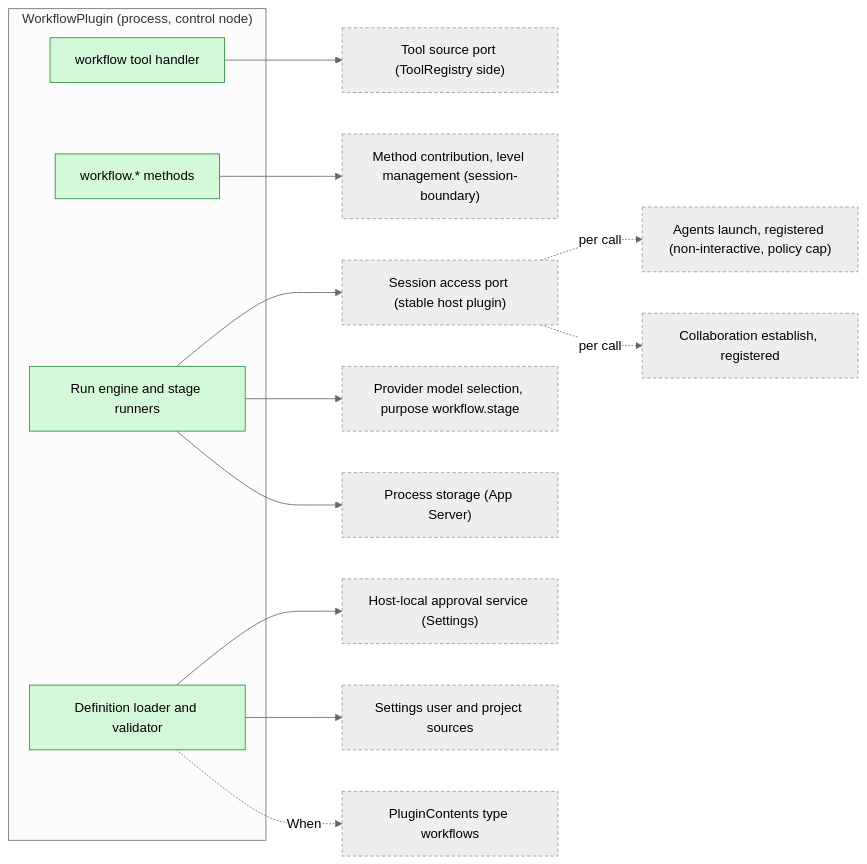
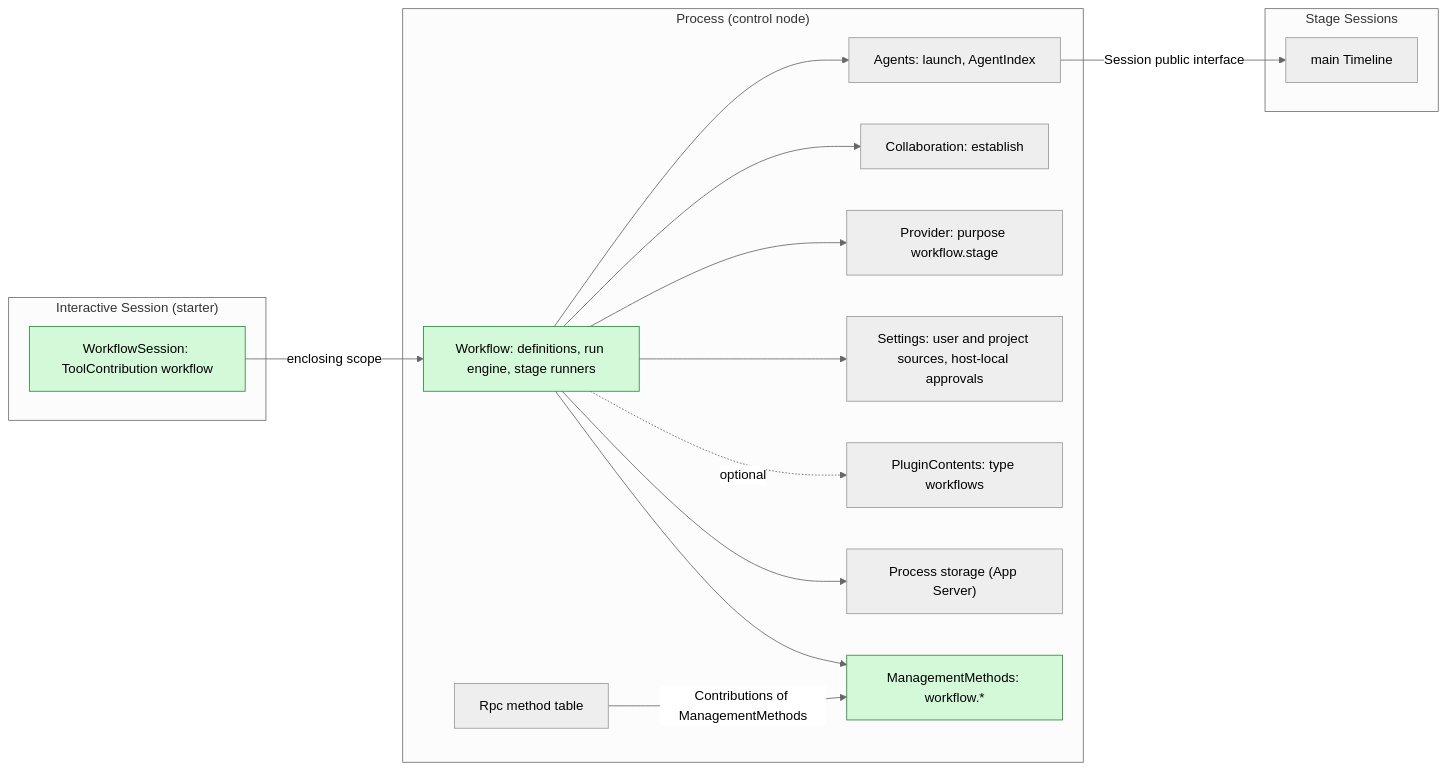
The first of 6 diagrams in docs/design/plugins/Workflow.md (CoutinhoTTS/dim-agent), drawn with Mermaid (neutral theme) before and after one commit. The commit also changed other lines of this file and 3 other files, not shown here.

Commit message:
docs(design): rescope Scheduler, Workflow, ExternalAgent and AcpGateway per ADR 002

````diff
--- a/docs/design/plugins/Workflow.md
+++ b/docs/design/plugins/Workflow.md
@@ -9,33 +9,32 @@
 ```mermaid
 flowchart LR
-  subgraph WF["WorkflowPlugin (process, control node)"]
-    Defs["Definition loader and validator"]
-    Runner["Run engine and stage runners"]
-    Tool["workflow tool handler"]
-    Mgmt["workflow.* methods"]
+  subgraph PROC["Process (control node)"]
+    WF["Workflow: definitions, run engine, stage runners"]
+    MM["ManagementMethods: workflow.*"]
+    Agents["Agents: launch, AgentIndex"]
+    Coll["Collaboration: establish"]
+    Prov["Provider: purpose workflow.stage"]
+    Set["Settings: user and project sources, host-local approvals"]
+    PC["PluginContents: type workflows"]
+    Store["Process storage (App Server)"]
+    Rpc["Rpc method table"]
   end
-  ToolReg["Tool source port (ToolRegistry side)"]
-  MgmtReg["Method contribution, level management (session-boundary)"]
-  Access["Session access port (stable host plugin)"]
-  Launch["Agents launch, registered (non-interactive, policy cap)"]
-  Estab["Collaboration establish, registered"]
-  Purpose["Provider model selection, purpose workflow.stage"]
-  Store["Process storage (App Server)"]
-  Approvals["Host-local approval service (Settings)"]
-  Sources["Settings user and project sources"]
-  Contents["PluginContents type workflows"]
-  Tool --> ToolReg
-  Mgmt --> MgmtReg
-  Runner --> Access
-  Access -.->|per call| Launch
-  Access -.->|per call| Estab
-  Runner --> Purpose
-  Runner --> Store
-  Defs --> Sources
-  Defs --> Approvals
-  Defs -.->|When| Contents
+  subgraph SESS["Interactive Session (starter)"]
+    Tool["WorkflowSession: ToolContribution workflow"]
+  end
+  subgraph STG["Stage Sessions"]
+    TL["main Timeline"]
+  end
+  Tool -->|"enclosing scope"| WF
+  WF --> Agents
+  WF --> Coll
+  WF --> Prov
+  WF --> Set
+  WF -.->|"optional"| PC
+  WF --> Store
+  WF --> MM
+  Rpc -->|"Contributions of ManagementMethods"| MM
+  Agents -->|"Session public interface"| TL
   classDef new fill:#d3f9d8,stroke:#2b8a3e,color:#000
-  classDef contract stroke-dasharray:4 3
-  class Defs,Runner,Tool,Mgmt new
-  class ToolReg,MgmtReg,Launch,Estab,Access,Purpose,Store,Approvals,Sources,Contents contract
+  class WF,MM,Tool new
 ```
````
